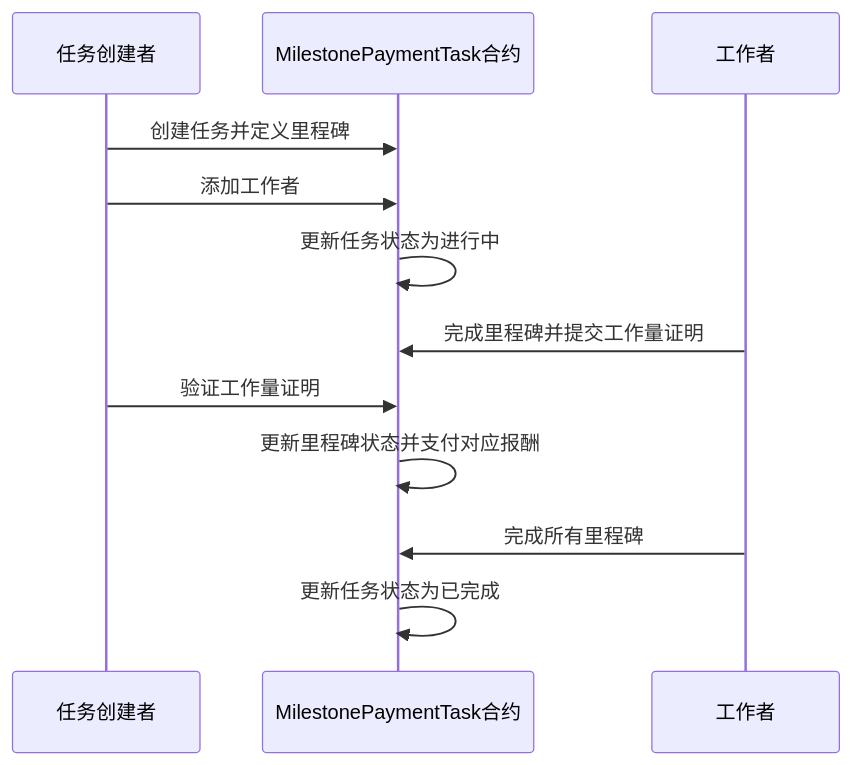
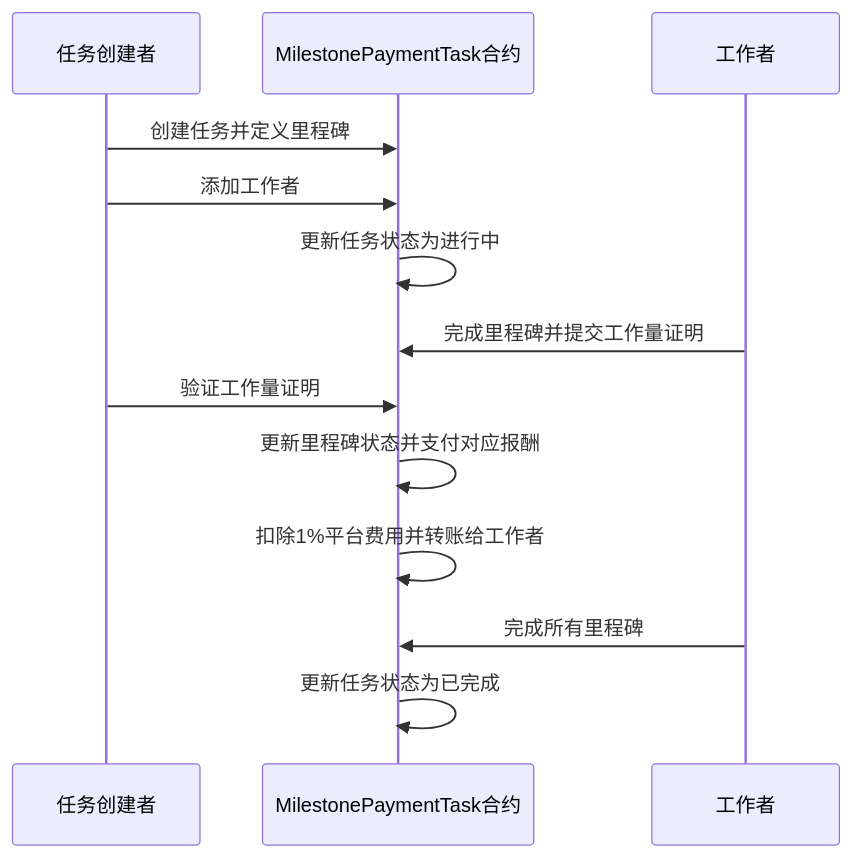
One commit to KamisAyaka/crowdsourcing changed the fourth of 5 diagrams in README.md. Above: the diagram before and after it, drawn with Mermaid. The commit also changed other lines of this file and 3 other files, not shown here.

````diff
--- a/README.md
+++ b/README.md
@@ -228,15 +112,16 @@
 ```mermaid
 sequenceDiagram
     participant C as 任务创建者
     participant T as MilestonePaymentTask合约
     participant W as 工作者
 
     C->>T: 创建任务并定义里程碑
     C->>T: 添加工作者
     T->>T: 更新任务状态为进行中
     W->>T: 完成里程碑并提交工作量证明
     C->>T: 验证工作量证明
     T->>T: 更新里程碑状态并支付对应报酬
+    T->>T: 扣除1%平台费用并转账给工作者
     W->>T: 完成所有里程碑
     T->>T: 更新任务状态为已完成
 ```
````
